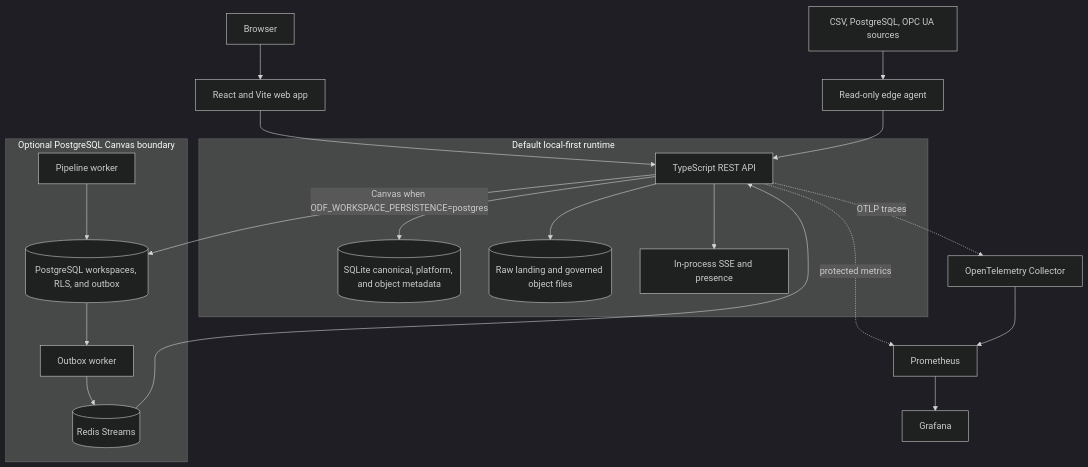
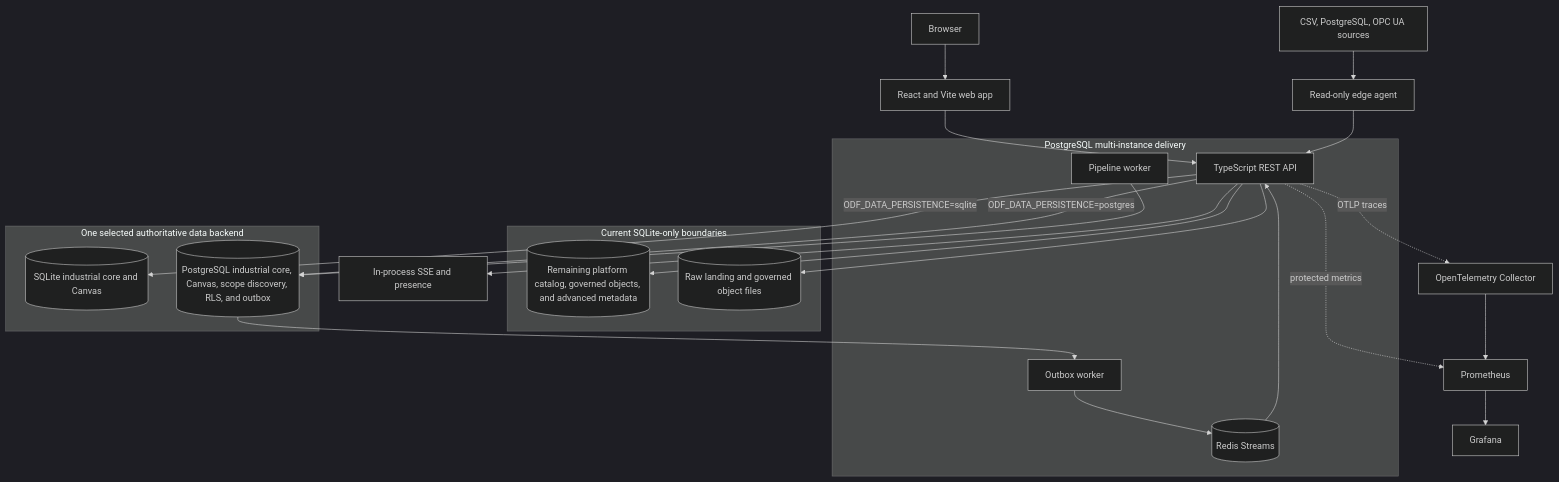
The first of 2 diagrams in README.md (HaydernCenterpoint/Open-Data-Fusion), drawn with Mermaid (dark theme) before and after one commit. The commit also changed other lines of this file and 60 other files, not shown here.

````diff
--- a/README.md
+++ b/README.md
@@ -111,29 +123,37 @@
 ```mermaid
 flowchart TB
     Browser[Browser] --> Web[React and Vite web app]
     Web --> API[TypeScript REST API]
 
     Sources[CSV, PostgreSQL, OPC UA sources] --> Edge[Read-only edge agent]
     Edge --> API
 
-    subgraph Local[Default local-first runtime]
-        API --> SQLite[(SQLite canonical, platform, and object metadata)]
-        API --> Files[(Raw landing and governed object files)]
-        API --> SSE[In-process SSE and presence]
+    subgraph Selected[One selected authoritative data backend]
+        SQLite[(SQLite industrial core and Canvas)]
+        PG[(PostgreSQL industrial core, Canvas, scope discovery, RLS, and outbox)]
     end
 
-    subgraph CanvasCutover[Optional PostgreSQL Canvas boundary]
-        PG[(PostgreSQL workspaces, RLS, and outbox)]
+    API -->|ODF_DATA_PERSISTENCE=sqlite| SQLite
+    API -->|ODF_DATA_PERSISTENCE=postgres| PG
+
+    subgraph RemainingLocal[Current SQLite-only boundaries]
+        Metadata[(Remaining platform catalog, governed objects, and advanced metadata)]
+        Files[(Raw landing and governed object files)]
+    end
+
+    API --> Metadata
+    API --> Files
+    API --> SSE[In-process SSE and presence]
+
+    subgraph SharedEvents[PostgreSQL multi-instance delivery]
         Pipeline[Pipeline worker] --> PG
         PG --> Outbox[Outbox worker]
         Outbox --> Redis[(Redis Streams)]
         Redis --> API
     end
 
-    API -->|Canvas when ODF_WORKSPACE_PERSISTENCE=postgres| PG
-
     API -. OTLP traces .-> Collector[OpenTelemetry Collector]
     API -. protected metrics .-> Prometheus[Prometheus]
     Collector --> Prometheus
     Prometheus --> Grafana[Grafana]
 ```
````
